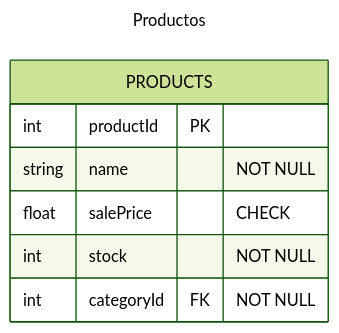
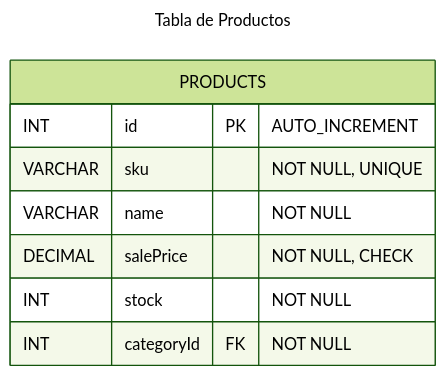
Diagram 19 of 30 in 4to-Cuatrimestre/fundamentos-base-datos/proyecto/proyecto.md (rosendocamal/homeworks), drawn with Mermaid (forest theme) before and after one commit. The commit also changed other lines of this file and 1 other file, not shown here.

````diff
--- a/4to-Cuatrimestre/fundamentos-base-datos/proyecto/proyecto.md
+++ b/4to-Cuatrimestre/fundamentos-base-datos/proyecto/proyecto.md
@@ -405,13 +405,14 @@
 ```mermaid
 ---
-title: Productos
+title: Tabla de Productos
 ---
 erDiagram
 	PRODUCTS {
-		int productId PK
-		string name "NOT NULL"
-		float salePrice "CHECK"
-		int stock "NOT NULL"
-		int categoryId FK "NOT NULL"
+		INT id PK "AUTO_INCREMENT"
+		VARCHAR sku "NOT NULL, UNIQUE"
+		VARCHAR name "NOT NULL"
+		DECIMAL salePrice "NOT NULL, CHECK"
+		INT stock "NOT NULL"
+		INT categoryId FK "NOT NULL"
 	}
 ```
````
